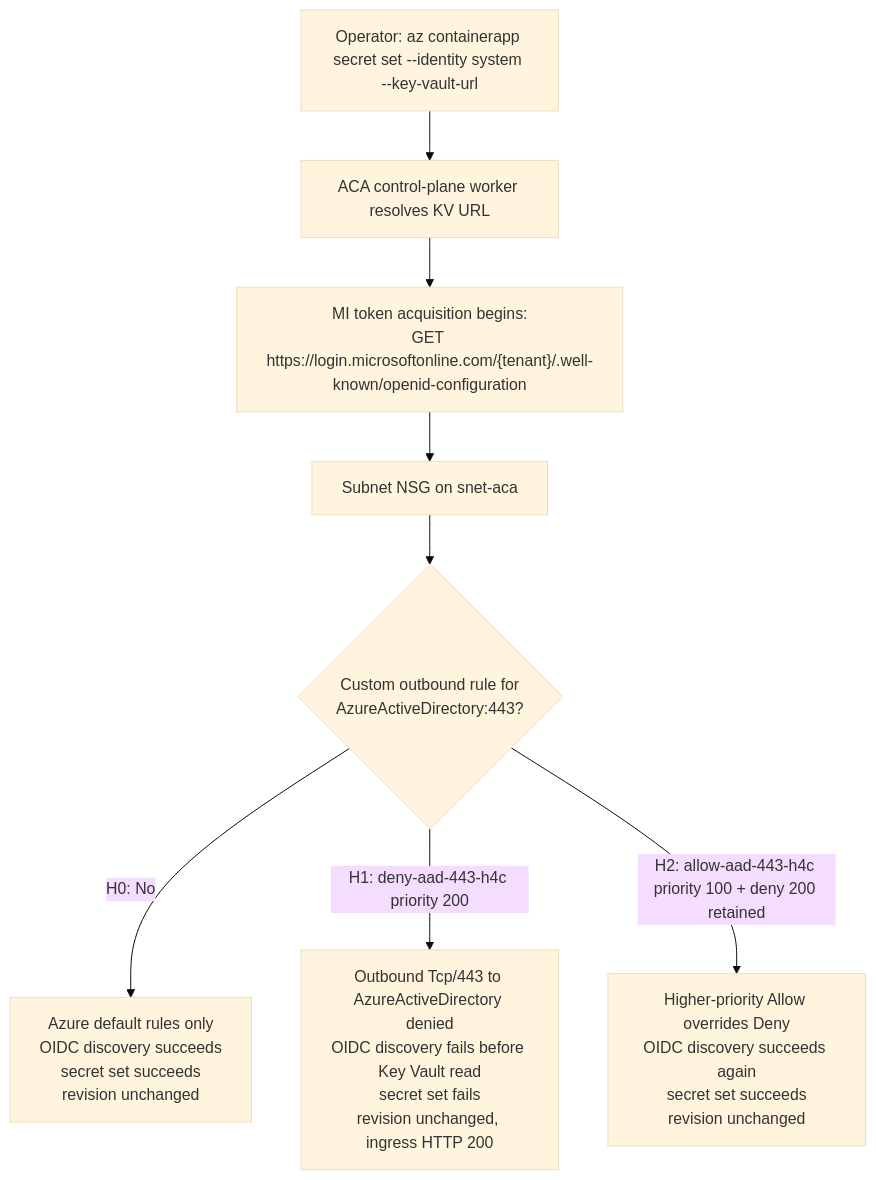
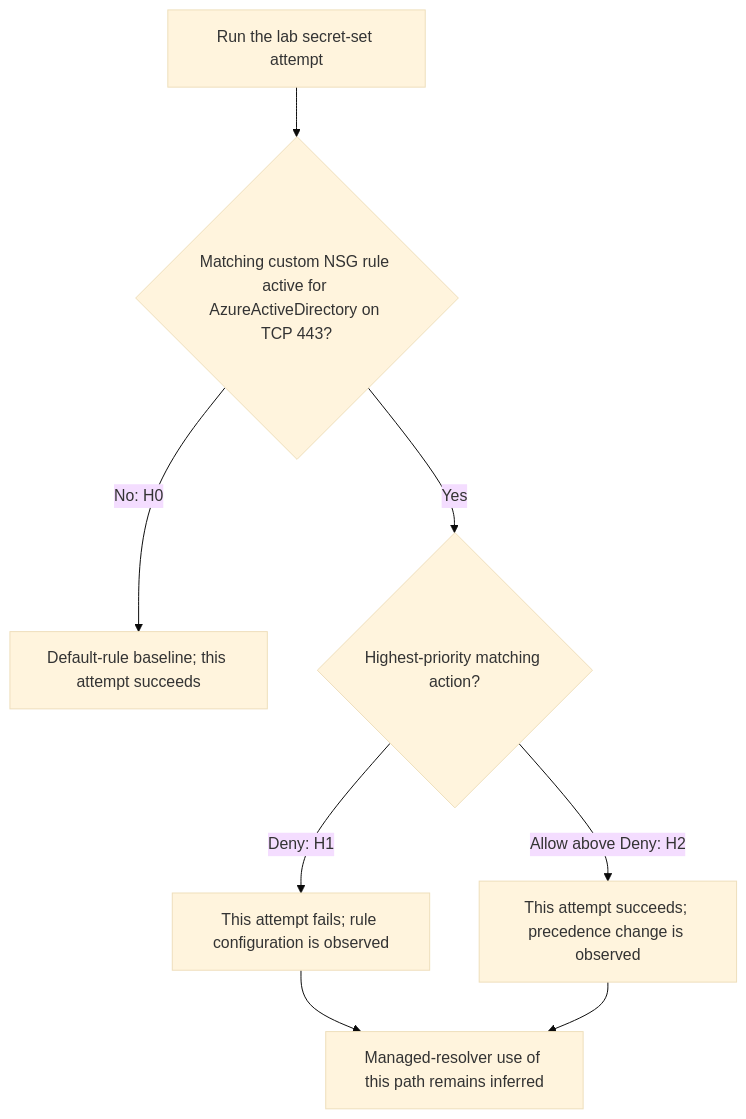
One commit to yeongseon/azure-container-apps-practical-guide changed the diagram in docs/troubleshooting/lab-guides/aca-secret-kv-ref-mi-network-path-h4c.md. Above: the diagram before and after it, drawn with Mermaid (base theme). The commit also changed other lines of this file and 23 other files, not shown here.

Commit message:
docs(diagrams): migrate the first lab-guide diagram batch (#625)

````diff
--- a/docs/troubleshooting/lab-guides/aca-secret-kv-ref-mi-network-path-h4c.md
+++ b/docs/troubleshooting/lab-guides/aca-secret-kv-ref-mi-network-path-h4c.md
@@ -55,10 +55,10 @@
 ```mermaid
 flowchart TD
-    A["Operator: az containerapp secret set --identity system --key-vault-url"] --> B["ACA control-plane worker resolves KV URL"]
-    B --> C["MI token acquisition begins:<br/>GET https://login.microsoftonline.com/{tenant}/.well-known/openid-configuration"]
-    C --> D["Subnet NSG on snet-aca"]
-    D --> E{"Custom outbound rule for<br/>AzureActiveDirectory:443?"}
-    E -->|H0: No| F["Azure default rules only<br/>OIDC discovery succeeds<br/>secret set succeeds<br/>revision unchanged"]
-    E -->|H1: deny-aad-443-h4c priority 200| G["Outbound Tcp/443 to AzureActiveDirectory denied<br/>OIDC discovery fails before Key Vault read<br/>secret set fails<br/>revision unchanged, ingress HTTP 200"]
-    E -->|H2: allow-aad-443-h4c priority 100 + deny 200 retained| H["Higher-priority Allow overrides Deny<br/>OIDC discovery succeeds again<br/>secret set succeeds<br/>revision unchanged"]
+    ATTEMPT["Run the lab secret-set attempt"] --> CUSTOM{"Matching custom NSG rule active for AzureActiveDirectory on TCP 443?"}
+    CUSTOM -->|No: H0| BASE["Default-rule baseline; this attempt succeeds"]
+    CUSTOM -->|Yes| ACTION{"Highest-priority matching action?"}
+    ACTION -->|Deny: H1| BLOCKED["This attempt fails; rule configuration is observed"]
+    ACTION -->|Allow above Deny: H2| RESTORED["This attempt succeeds; precedence change is observed"]
+    BLOCKED --> CEILING["Managed-resolver use of this path remains inferred"]
+    RESTORED --> CEILING
 ```
````
